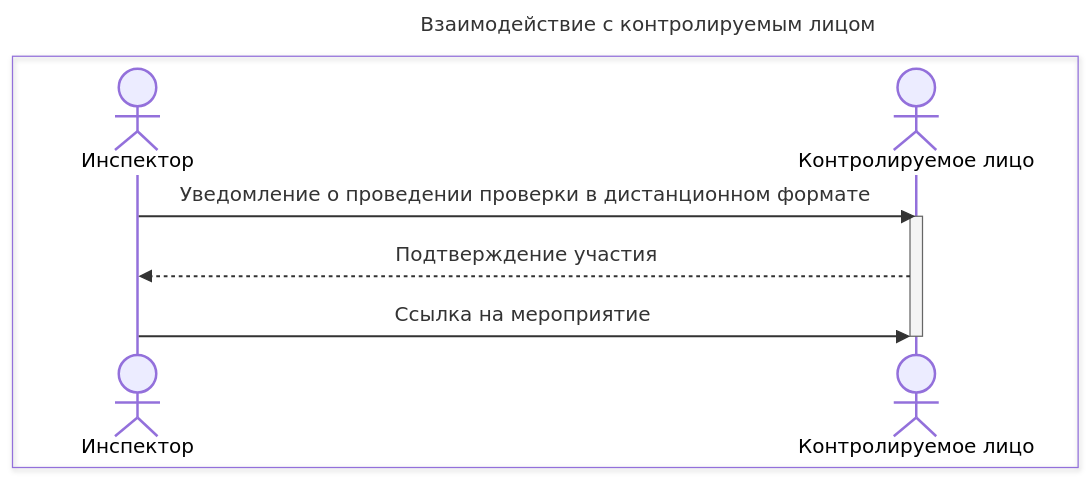
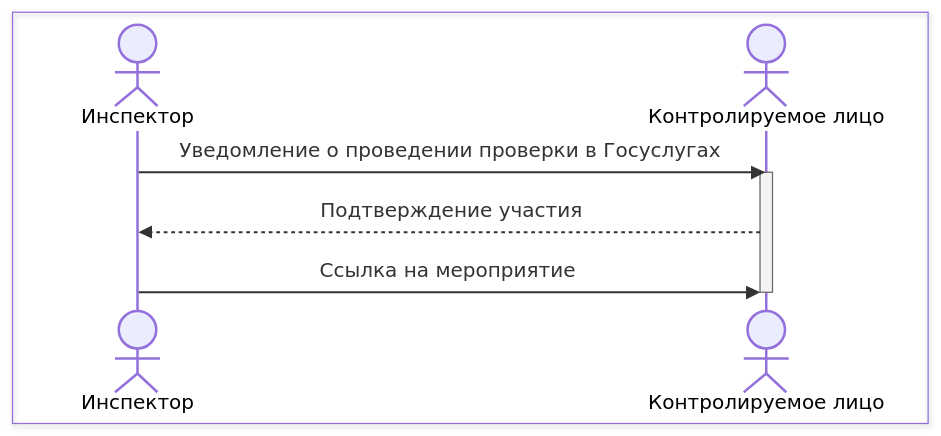
The fourth of 4 diagrams in mp-erknm-knd.md (dzungram/charts-schemes), drawn with Mermaid before and after one commit. The commit also changed other lines of this file and 3 other files, not shown here.

````diff
--- a/mp-erknm-knd.md
+++ b/mp-erknm-knd.md
@@ -33,18 +78,13 @@
 ```mermaid
----
-title: Взаимодействие с контролируемым лицом
-config:
-    theme: default
----
 sequenceDiagram
         
     box
         actor Inspector as Инспектор
         actor Organization as Контролируемое лицо
     end
-    Inspector->>Organization: Уведомление о проведении проверки в дистанционном формате
+    Inspector->>Organization: Уведомление о проведении проверки в Госуслугах
     activate Organization
         Organization-->>Inspector: Подтверждение участия
         Inspector->>Organization: Ссылка на мероприятие
     deactivate Organization
 ```
````
